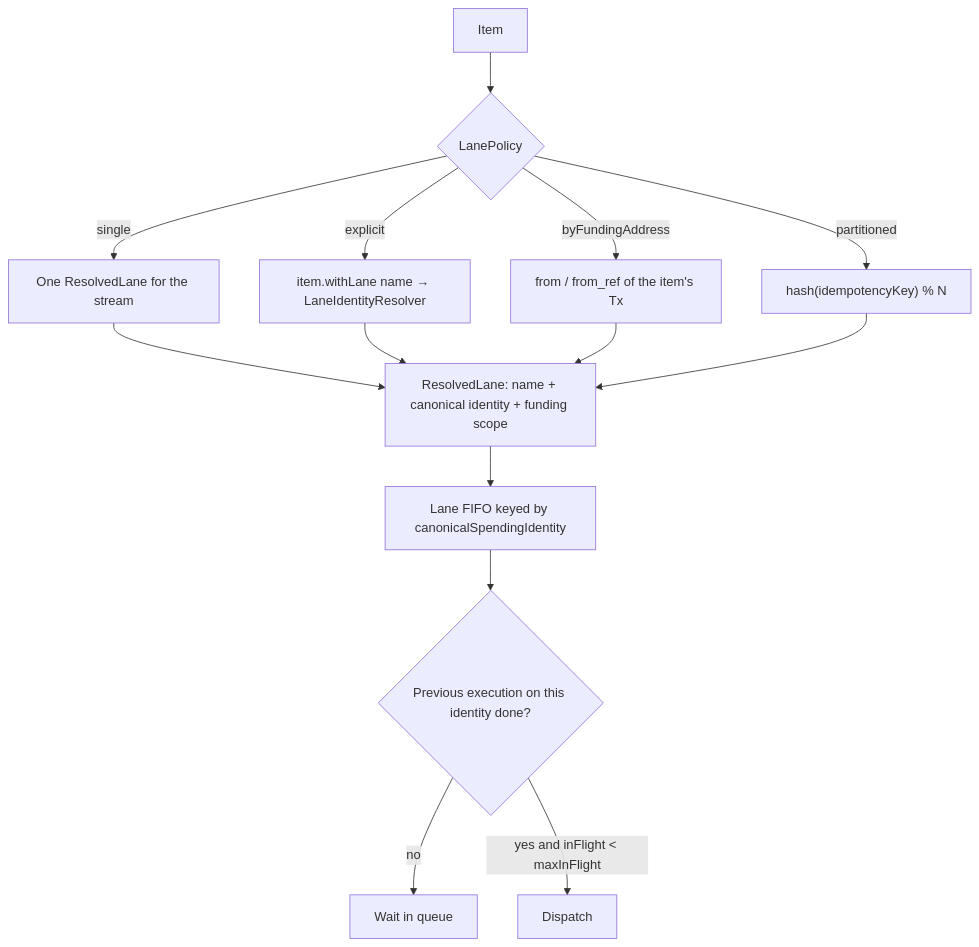
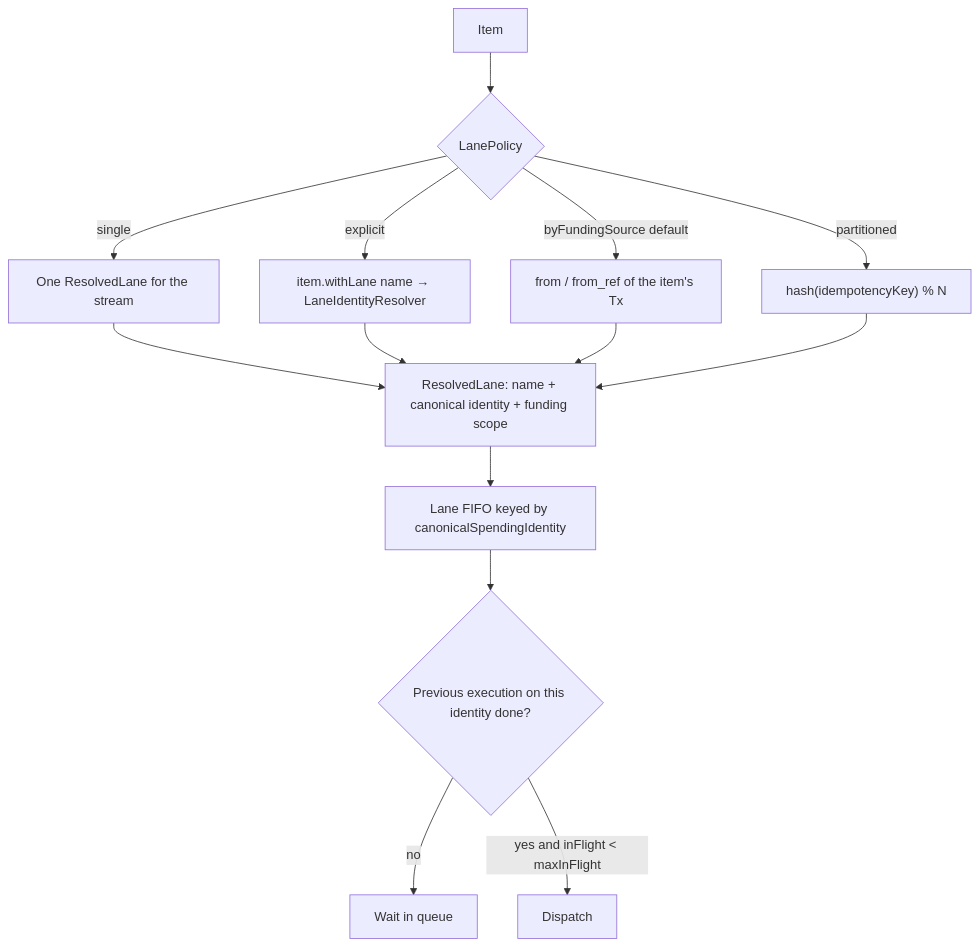
One commit to bloxbean/cardano-client-lib changed the fifth of 13 diagrams in txflow/docs/in-progress/TXSTREAM_DESIGN.md. Above: the diagram before and after it, drawn with Mermaid. The commit also changed other lines of this file and 26 other files, not shown here.

````diff
--- a/txflow/docs/in-progress/TXSTREAM_DESIGN.md
+++ b/txflow/docs/in-progress/TXSTREAM_DESIGN.md
@@ -287,16 +287,16 @@
 ```mermaid
 flowchart TB
     I[Item] --> P{LanePolicy}
     P -->|single| S[One ResolvedLane for the stream]
     P -->|explicit| E[item.withLane name → LaneIdentityResolver]
-    P -->|byFundingAddress| F[from / from_ref of the item's Tx]
+    P -->|byFundingSource default| F[from / from_ref of the item's Tx]
     P -->|partitioned| H["hash(idempotencyKey) % N"]
     S --> R[ResolvedLane: name + canonical identity + funding scope]
     E --> R
     F --> R
     H --> R
     R --> Q["Lane FIFO keyed by canonicalSpendingIdentity"]
     Q --> D{Previous execution on this identity done?}
     D -->|no| W[Wait in queue]
     D -->|yes and inFlight < maxInFlight| X[Dispatch]
 ```
````
